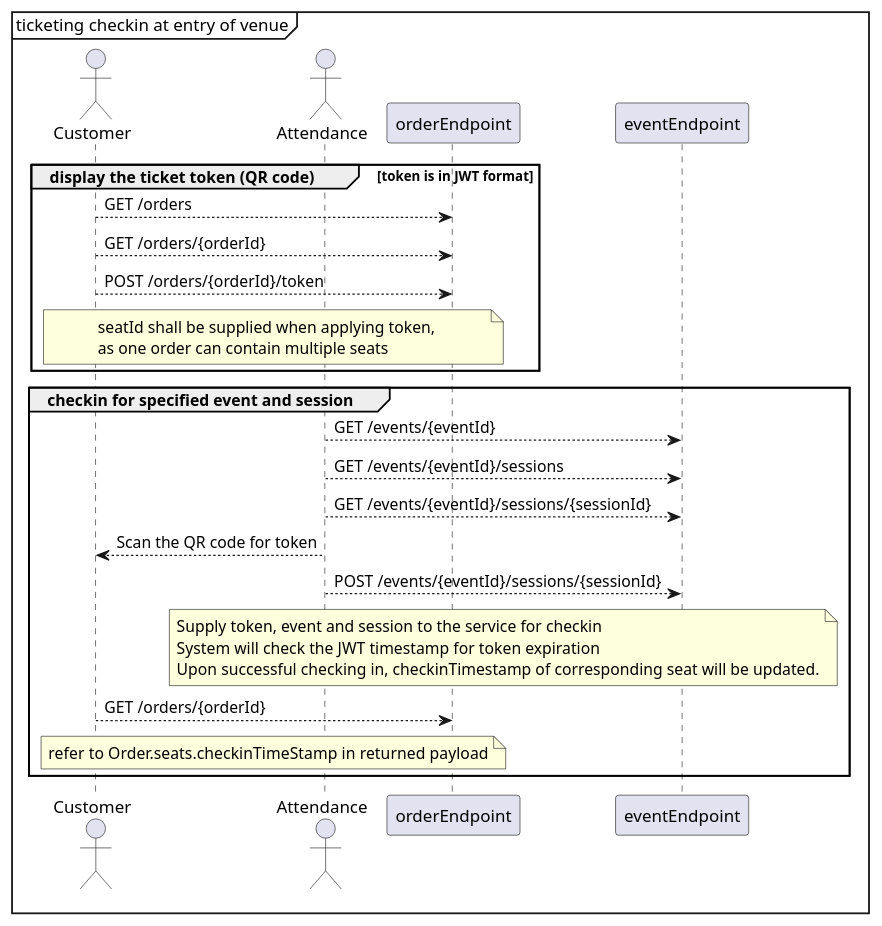
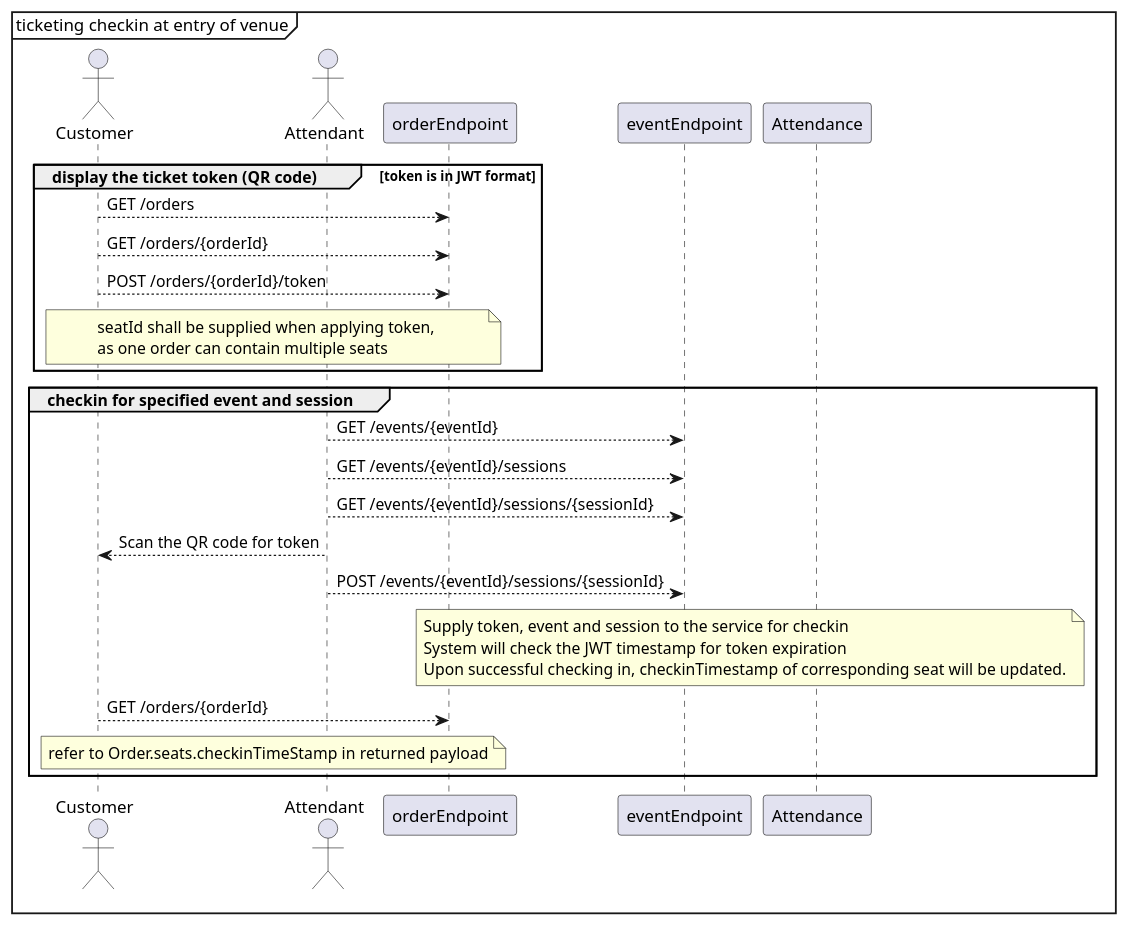
Before and after one commit to grantsunny/JTicket: the diagram in uml/checkin.plantuml, drawn with PlantUML. The commit also changed 2 other files, not shown here.

```diff
--- a/uml/checkin.plantuml
+++ b/uml/checkin.plantuml
@@ -1,46 +1,46 @@
 @startuml
 mainframe ticketing checkin at entry of venue
 
 actor Customer
-actor Attendance
+actor Attendant
 participant orderEndpoint
 participant eventEndpoint
 
 group display the ticket token (QR code)  [token is in JWT format]
 Customer --> orderEndpoint: GET /orders
 Customer --> orderEndpoint: GET /orders/{orderId}
 Customer --> orderEndpoint: POST /orders/{orderId}/token
 note over Customer, orderEndpoint
 seatId shall be supplied when applying token, 
 as one order can contain multiple seats
 end note
 
 
 end
 
 group checkin for specified event and session
-Attendance --> eventEndpoint: GET /events/{eventId}
-Attendance --> eventEndpoint: GET /events/{eventId}/sessions
-Attendance --> eventEndpoint: GET /events/{eventId}/sessions/{sessionId}
-Attendance --> Customer: Scan the QR code for token
+Attendant --> eventEndpoint: GET /events/{eventId}
+Attendant --> eventEndpoint: GET /events/{eventId}/sessions
+Attendant --> eventEndpoint: GET /events/{eventId}/sessions/{sessionId}
+Attendant --> Customer: Scan the QR code for token
 
 
-Attendance --> eventEndpoint: POST /events/{eventId}/sessions/{sessionId}
+Attendant --> eventEndpoint: POST /events/{eventId}/sessions/{sessionId}
 note over Attendance, eventEndpoint
 Supply token, event and session to the service for checkin
 System will check the JWT timestamp for token expiration
 Upon successful checking in, checkinTimestamp of corresponding seat will be updated.
 end note
 
 
 Customer --> orderEndpoint: GET /orders/{orderId}
 note over Customer, orderEndpoint
 refer to Order.seats.checkinTimeStamp in returned payload
 end note
 
 end
 
 
 
 
 @enduml
```
